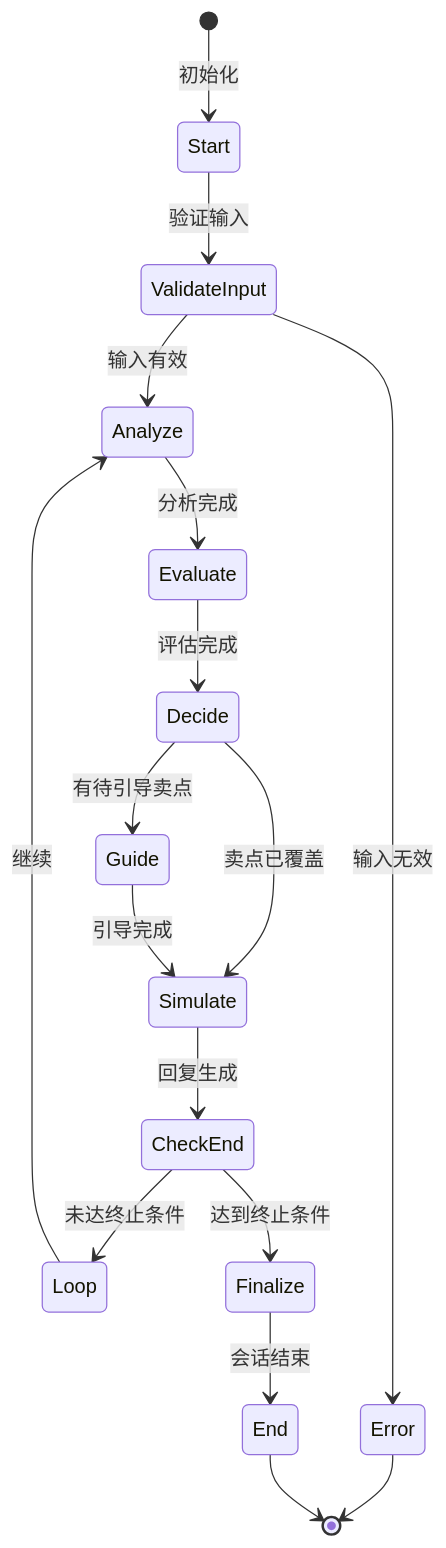
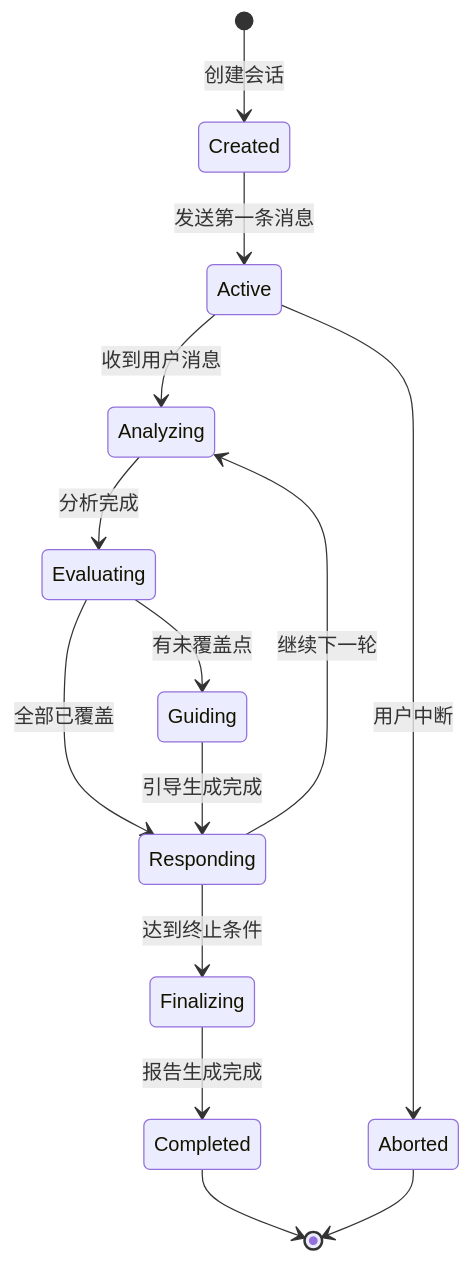
Before and after one commit to xt765/UMU-Sales-Trainer: the third of 13 diagrams in docs/architecture.md, drawn with Mermaid. The commit also changed other lines of this file and 1 other file, not shown here.

````diff
--- a/docs/architecture.md
+++ b/docs/architecture.md
@@ -37,19 +183,20 @@
 ```mermaid
 stateDiagram-v2
-    [*] --> Start: 初始化
-    Start --> ValidateInput: 验证输入
-    ValidateInput --> Analyze: 输入有效
-    ValidateInput --> Error: 输入无效
-    Analyze --> Evaluate: 分析完成
-    Evaluate --> Decide: 评估完成
-    Decide --> Guide: 有待引导卖点
-    Decide --> Simulate: 卖点已覆盖
-    Guide --> Simulate: 引导完成
-    Simulate --> CheckEnd: 回复生成
-    CheckEnd --> Loop: 未达终止条件
-    CheckEnd --> Finalize: 达到终止条件
-    Loop --> Analyze: 继续
-    Finalize --> End: 会话结束
-    Error --> [*]
-    End --> [*]
+    [*] --> Created: 创建会话
+    
+    Created --> Active: 发送第一条消息
+    
+    Active --> Analyzing: 收到用户消息
+    Analyzing --> Evaluating: 分析完成
+    Evaluating --> Guiding: 有未覆盖点
+    Evaluating --> Responding: 全部已覆盖
+    Guiding --> Responding: 引导生成完成
+    Responding --> Analyzing: 继续下一轮
+    Responding --> Finalizing: 达到终止条件
+    
+    Finalizing --> Completed: 报告生成完成
+    Completed --> [*]
+    
+    Active --> Aborted: 用户中断
+    Aborted --> [*]
 ```
````
